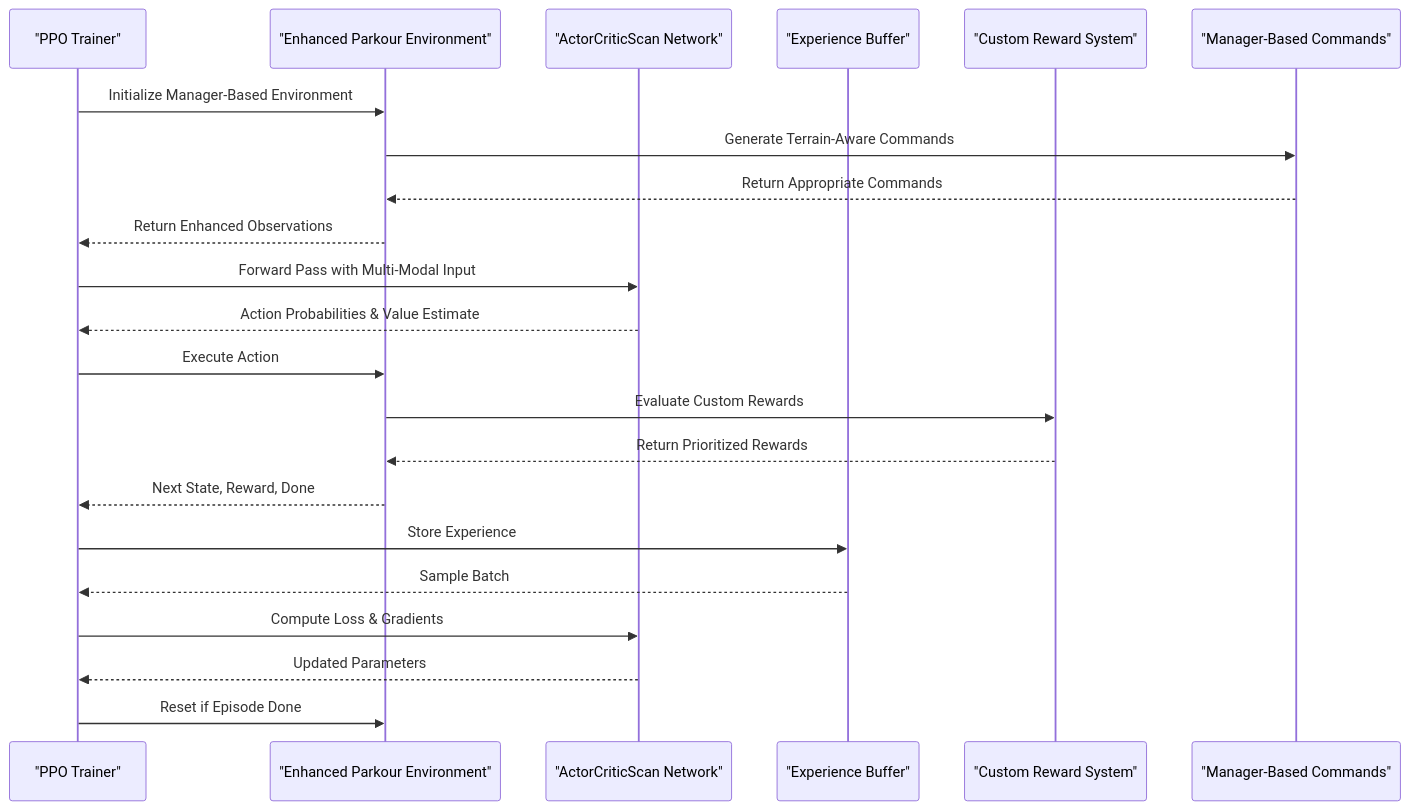
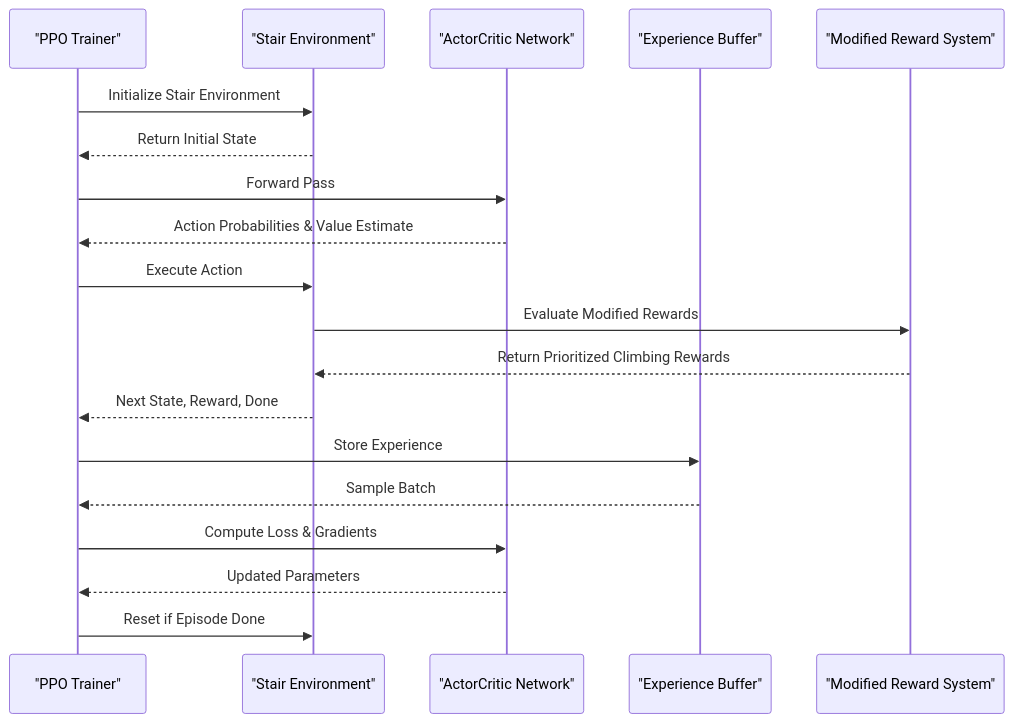
Before and after one commit to jayjayhust/robot_lab: the ninth of 13 diagrams in .qoder/repowiki/en/content/ZSIBOT ZSL1 Stair Climbing Configuration.md, drawn with Mermaid. The commit also changed other lines of this file and 14 other files, not shown here.

````diff
--- a/.qoder/repowiki/en/content/ZSIBOT ZSL1 Stair Climbing Configuration.md
+++ b/.qoder/repowiki/en/content/ZSIBOT ZSL1 Stair Climbing Configuration.md
@@ -711,24 +487,21 @@
 ```mermaid
 sequenceDiagram
 participant Trainer as "PPO Trainer"
-participant Env as "Enhanced Parkour Environment"
-participant Agent as "ActorCriticScan Network"
+participant Env as "Stair Environment"
+participant Agent as "ActorCritic Network"
 participant Memory as "Experience Buffer"
-participant Rewards as "Custom Reward System"
-participant Commands as "Manager-Based Commands"
-Trainer->>Env : Initialize Manager-Based Environment
-Env->>Commands : Generate Terrain-Aware Commands
-Commands-->>Env : Return Appropriate Commands
-Env-->>Trainer : Return Enhanced Observations
-Trainer->>Agent : Forward Pass with Multi-Modal Input
+participant Rewards as "Modified Reward System"
+Trainer->>Env : Initialize Stair Environment
+Env-->>Trainer : Return Initial State
+Trainer->>Agent : Forward Pass
 Agent-->>Trainer : Action Probabilities & Value Estimate
 Trainer->>Env : Execute Action
-Env->>Rewards : Evaluate Custom Rewards
-Rewards-->>Env : Return Prioritized Rewards
+Env->>Rewards : Evaluate Modified Rewards
+Rewards-->>Env : Return Prioritized Climbing Rewards
 Env-->>Trainer : Next State, Reward, Done
 Trainer->>Memory : Store Experience
 Memory-->>Trainer : Sample Batch
 Trainer->>Agent : Compute Loss & Gradients
 Agent-->>Trainer : Updated Parameters
 Trainer->>Env : Reset if Episode Done
 ```
````
